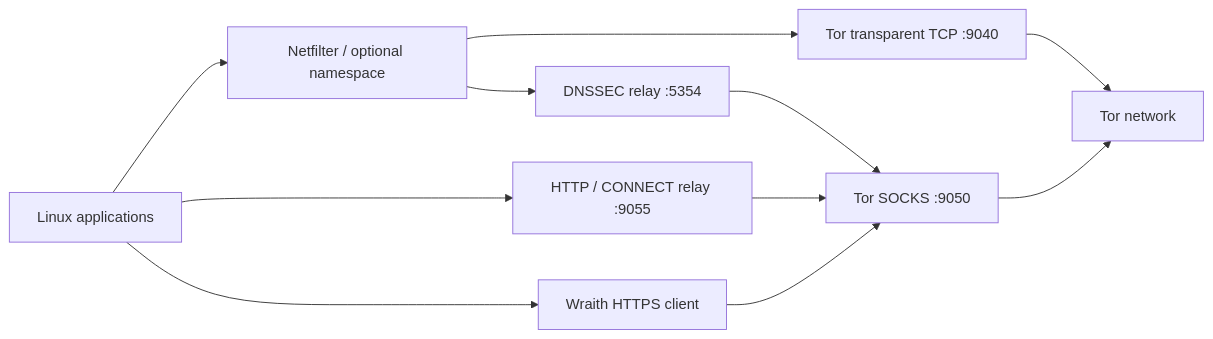
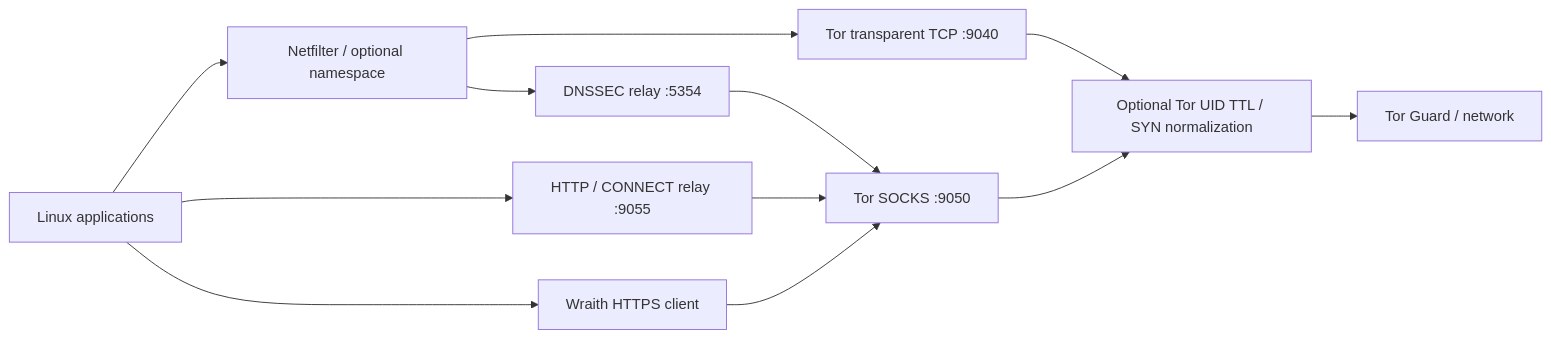
One commit to ByGh00st/wraith changed the diagram in docs/wiki/Architecture.md. Above: the diagram before and after it, drawn with Mermaid. The commit also changed other lines of this file and 14 other files, not shown here.

````diff
--- a/docs/wiki/Architecture.md
+++ b/docs/wiki/Architecture.md
@@ -5,13 +5,14 @@
 ```mermaid
 flowchart LR
     A[Linux applications] --> B[Netfilter / optional namespace]
     B --> C[Tor transparent TCP :9040]
     A --> D[HTTP / CONNECT relay :9055]
     A --> E[Wraith HTTPS client]
     B --> F[DNSSEC relay :5354]
     D --> G[Tor SOCKS :9050]
     E --> G
     F --> G
-    C --> H[Tor network]
-    G --> H
+    C --> L[Optional Tor UID TTL / SYN normalization]
+    G --> L
+    L --> H[Tor Guard / network]
 ```
````
